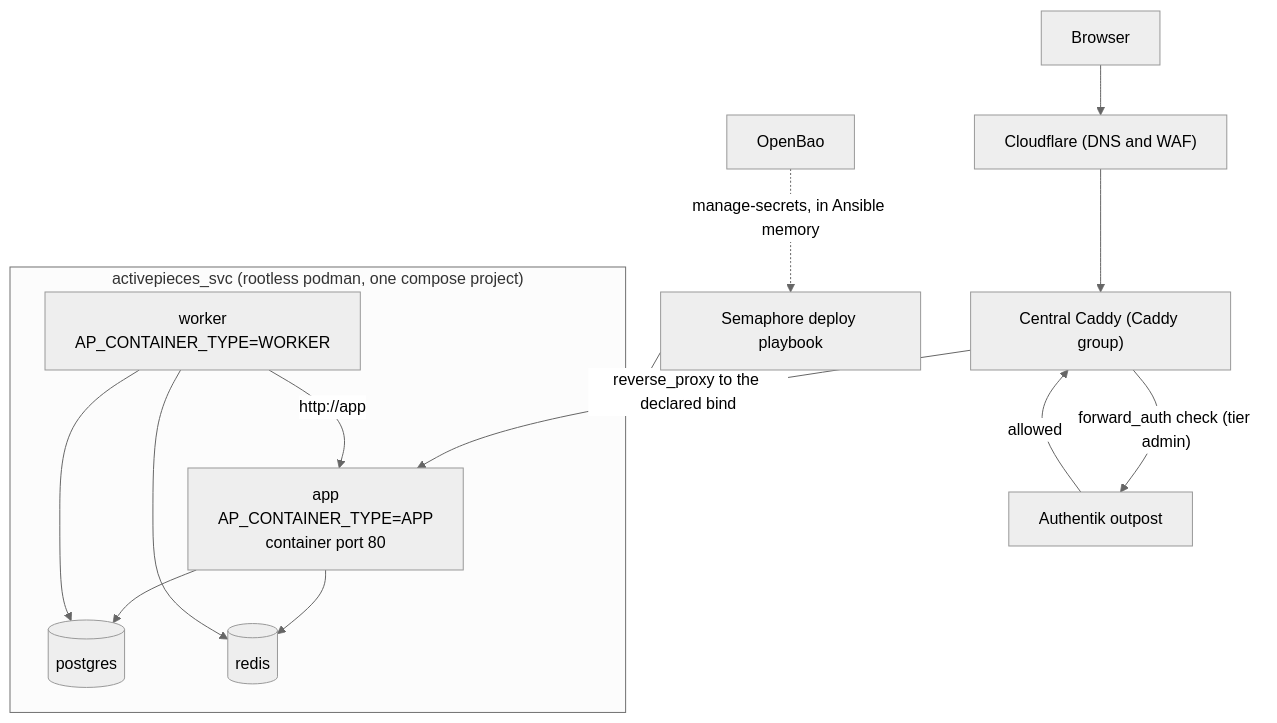
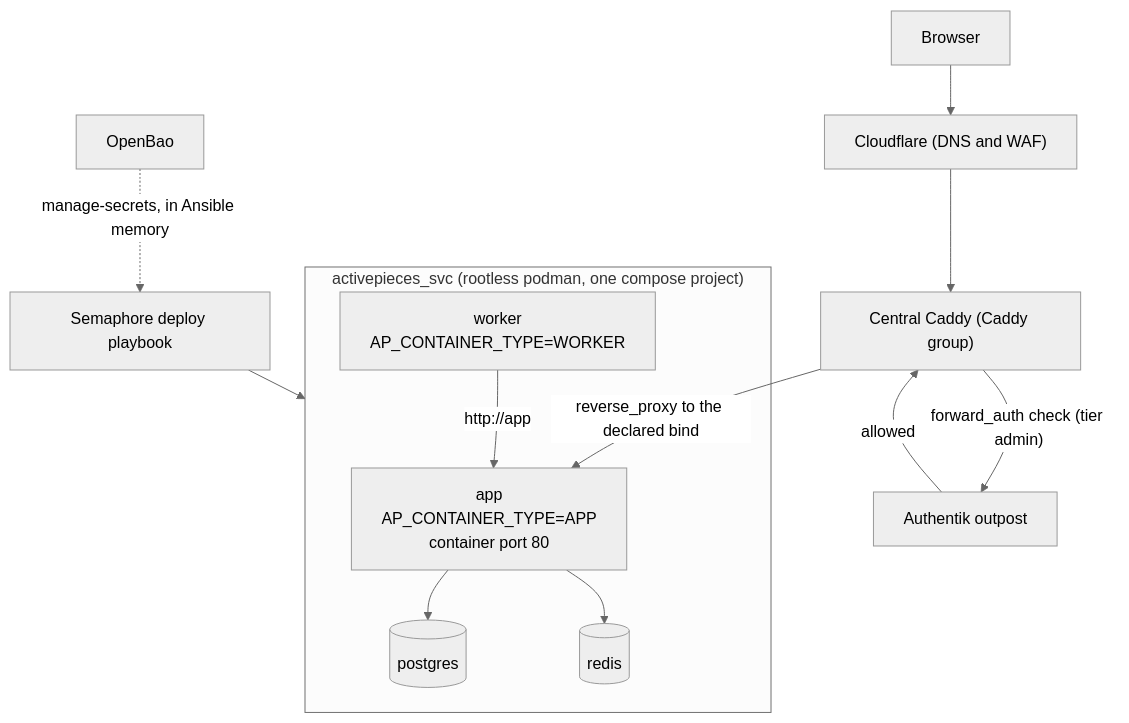
The first of 2 diagrams in plan/development/26-activepieces.md (uhstray-io/agent-cloud), drawn with Mermaid (neutral theme) before and after one commit. The commit also changed other lines of this file and 4 other files, not shown here.

````diff
--- a/plan/development/26-activepieces.md
+++ b/plan/development/26-activepieces.md
@@ -114,23 +125,21 @@
 ```mermaid
 flowchart TD
     U["Browser"] --> CF["Cloudflare (DNS and WAF)"]
     CF --> CAD["Central Caddy (Caddy group)"]
     CAD -->|"forward_auth check (tier admin)"| OUT["Authentik outpost"]
     OUT -->|"allowed"| CAD
     CAD -->|"reverse_proxy to the declared bind"| APP
 
     subgraph VM["activepieces_svc (rootless podman, one compose project)"]
         APP["app<br/>AP_CONTAINER_TYPE=APP<br/>container port 80"]
         WRK["worker<br/>AP_CONTAINER_TYPE=WORKER"]
         PG[("postgres")]
         RD[("redis")]
         APP --> PG
         APP --> RD
-        WRK --> PG
-        WRK --> RD
         WRK -->|"http://app"| APP
     end
 
     SEM["Semaphore deploy playbook"] --> VM
     BAO["OpenBao"] -.->|"manage-secrets, in Ansible memory"| SEM
 ```
````
